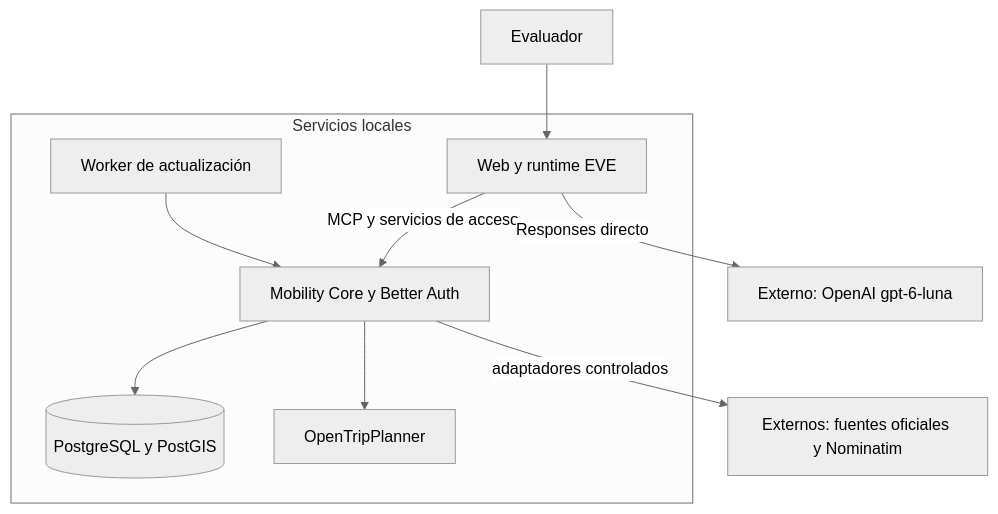
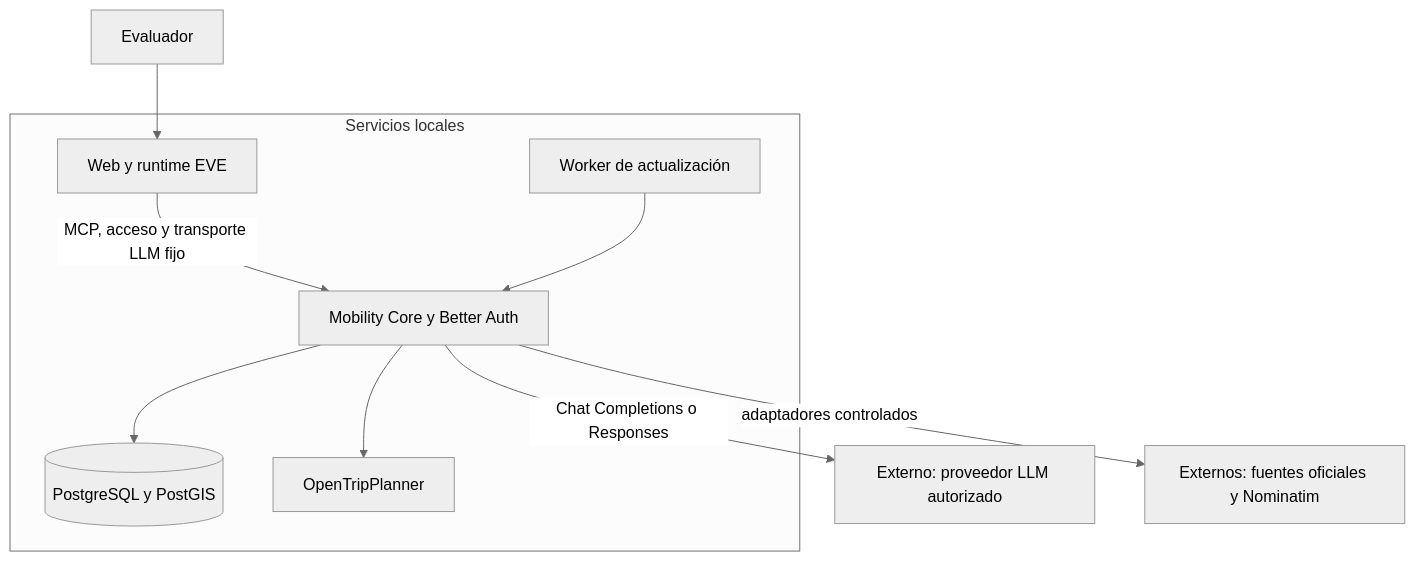
The diagram in README.md (alanslzrr/digital-twin-conversational-mobility), drawn with Mermaid (neutral theme) before and after one commit. The commit also changed other lines of this file and 2 other files, not shown here.

````diff
--- a/README.md
+++ b/README.md
@@ -130,12 +130,12 @@
 ```mermaid
 flowchart TB
   Person[Evaluador] --> Web[Web y runtime EVE]
   subgraph Local[Servicios locales]
-    Web -->|MCP y servicios de acceso| Core[Mobility Core y Better Auth]
+    Web -->|MCP, acceso y transporte LLM fijo| Core[Mobility Core y Better Auth]
     Core --> DB[(PostgreSQL y PostGIS)]
     Core --> OTP[OpenTripPlanner]
     Worker[Worker de actualización] --> Core
   end
-  Web -->|Responses directo| Model[Externo: OpenAI gpt-6-luna]
+  Core -->|Chat Completions o Responses| Model[Externo: proveedor LLM autorizado]
   Core -->|adaptadores controlados| Sources[Externos: fuentes oficiales y Nominatim]
 ```
````
